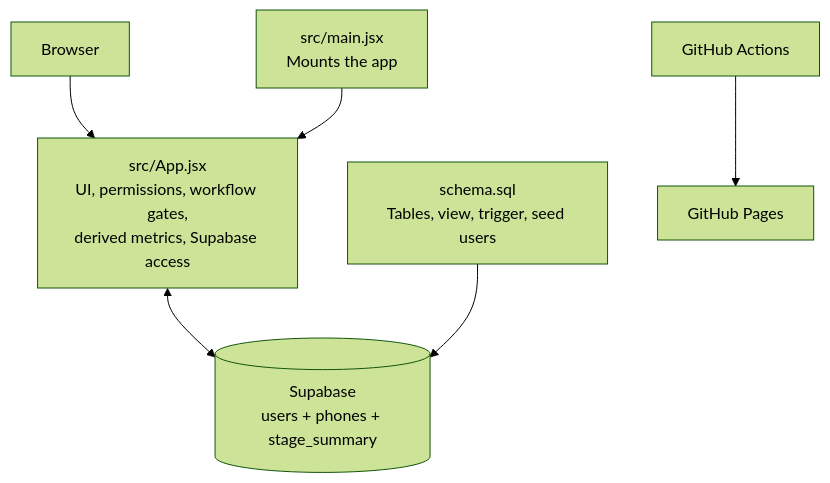
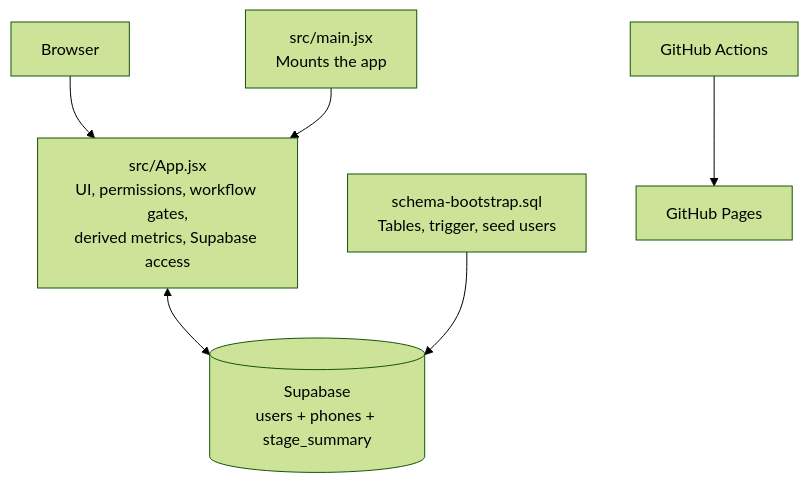
The fifth of 6 diagrams in README.md (pethupraveen/procurement-tracker), drawn with Mermaid (forest theme) before and after one commit. The commit also changed other lines of this file and 8 other files, not shown here.

```diff
--- a/README.md
+++ b/README.md
@@ -132,16 +132,16 @@
 ~~~mermaid
 flowchart TB
     Browser[Browser]
     App[src/App.jsx<br/>UI, permissions, workflow gates,<br/>derived metrics, Supabase access]
     Entry[src/main.jsx<br/>Mounts the app]
     DB[(Supabase<br/>users + phones + stage_summary)]
-    Schema[schema.sql<br/>Tables, view, trigger, seed users]
+    Schema[schema-bootstrap.sql<br/>Tables, trigger, seed users]
     Deploy[GitHub Actions]
     Pages[GitHub Pages]
 
     Browser --> App
     Entry --> App
     App <--> DB
     Schema --> DB
     Deploy --> Pages
 ~~~
```
